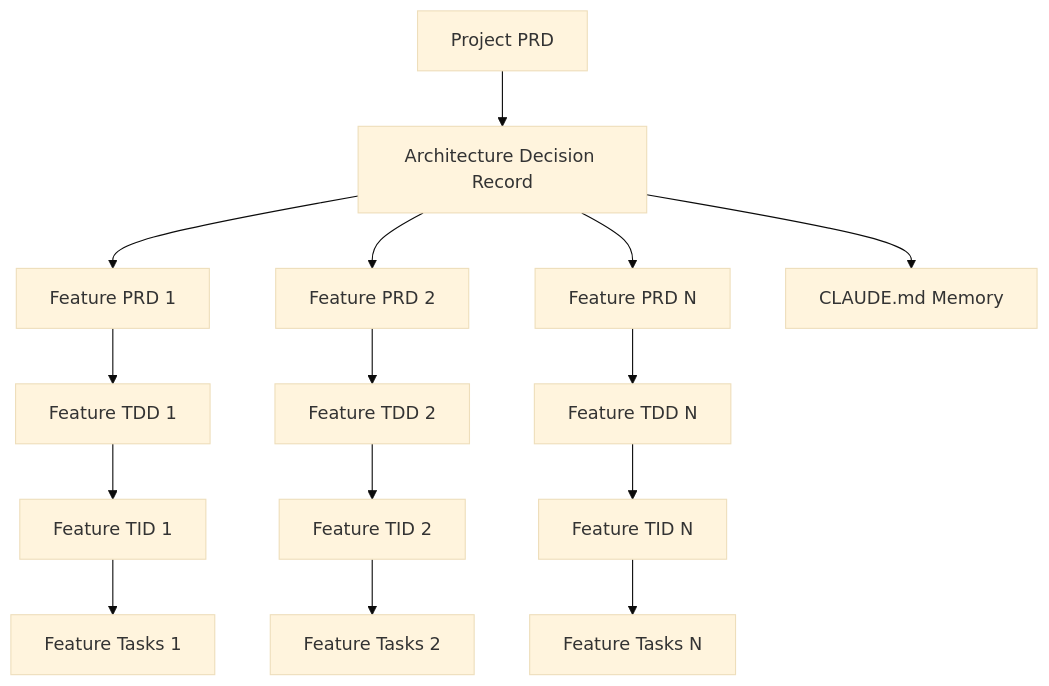
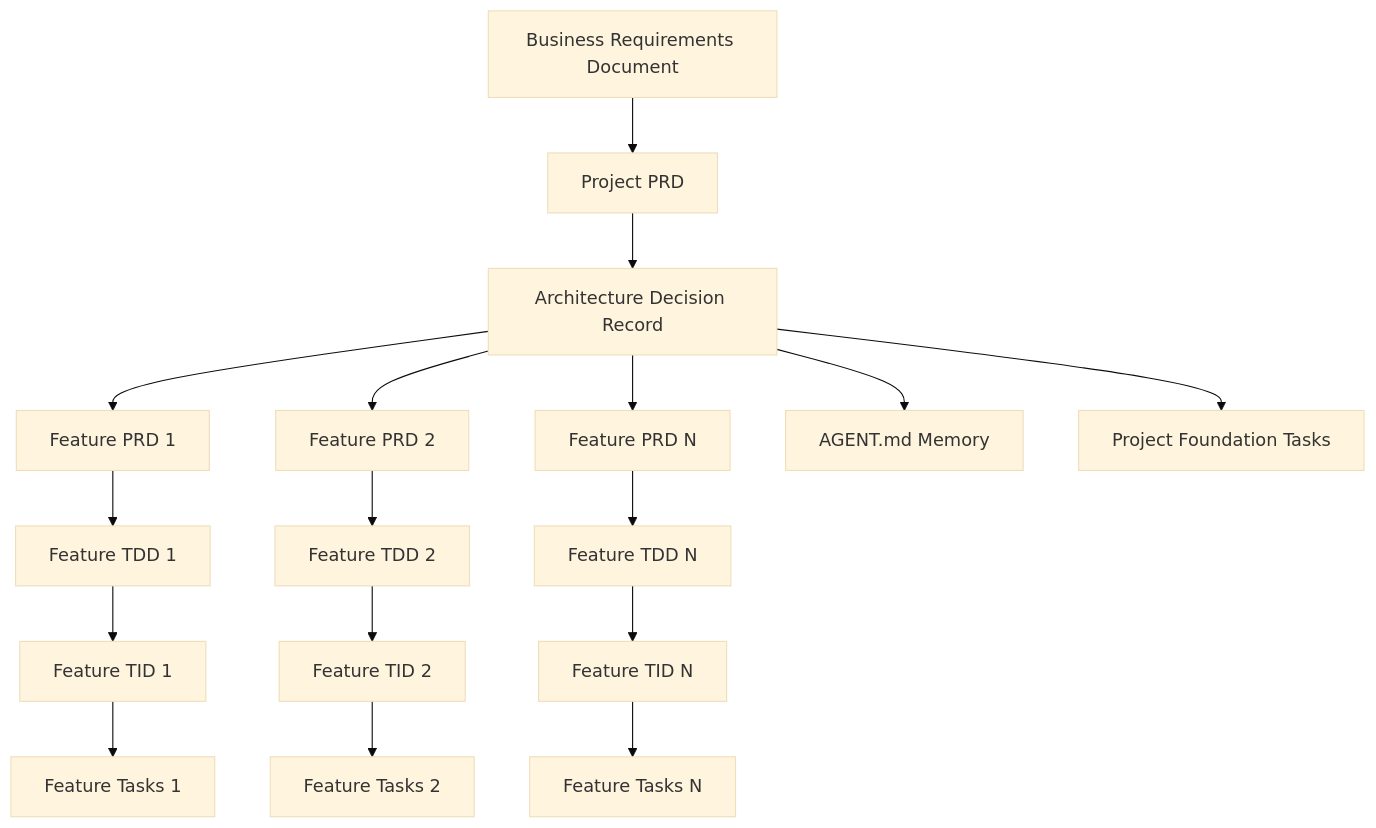
Before and after one commit to hitsainet/miLLM: the diagram in 0xcc/instruct/000_README.md, drawn with Mermaid (base theme). The commit also changed other lines of this file and 28 other files, not shown here.

````diff
--- a/0xcc/instruct/000_README.md
+++ b/0xcc/instruct/000_README.md
@@ -82,17 +84,19 @@
 ```mermaid
 graph TD
-    A[Project PRD] --> B[Architecture Decision Record]
+    Z[Business Requirements Document] --> A[Project PRD]
+    A --> B[Architecture Decision Record]
     B --> C[Feature PRD 1]
     B --> D[Feature PRD 2]
     B --> E[Feature PRD N]
     C --> F[Feature TDD 1]
     D --> G[Feature TDD 2]
     E --> H[Feature TDD N]
     F --> I[Feature TID 1]
     G --> J[Feature TID 2]
     H --> K[Feature TID N]
     I --> L[Feature Tasks 1]
     J --> M[Feature Tasks 2]
     K --> N[Feature Tasks N]
-    B --> O[CLAUDE.md Memory]
+    B --> O[AGENT.md Memory]
+    B --> P[Project Foundation Tasks]
 ```
````
